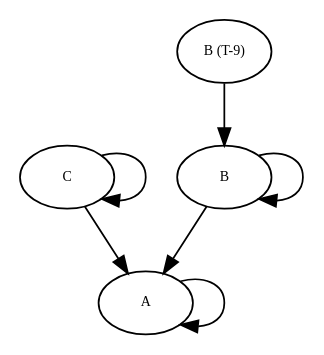
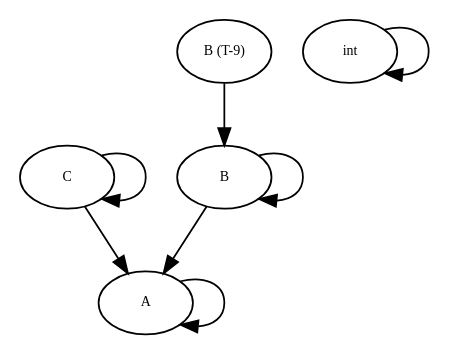
The diagram in graphs/debug_tree1.dot (amso100/livescript-declarations), drawn with Graphviz before and after one commit. The commit also changed 8 other files, not shown here.

```diff
--- a/graphs/debug_tree1.dot
+++ b/graphs/debug_tree1.dot
@@ -1,45 +1,54 @@
 digraph RGL__DirectedAdjacencyGraph {
     A [
         fontsize = 8,
         label = A
     ]
 
     C [
         fontsize = 8,
         label = C
     ]
 
     B [
         fontsize = 8,
         label = B
+    ]
+
+    int [
+        fontsize = 8,
+        label = int
     ]
 
     "B (T-9)" [
         fontsize = 8,
         label = "B (T-9)"
     ]
 
     A -> A [
         fontsize = 8
     ]
 
     C -> C [
         fontsize = 8
     ]
 
     C -> A [
         fontsize = 8
     ]
 
     B -> B [
         fontsize = 8
     ]
 
     B -> A [
         fontsize = 8
     ]
 
+    int -> int [
+        fontsize = 8
+    ]
+
     "B (T-9)" -> B [
         fontsize = 8
     ]
 }
```
